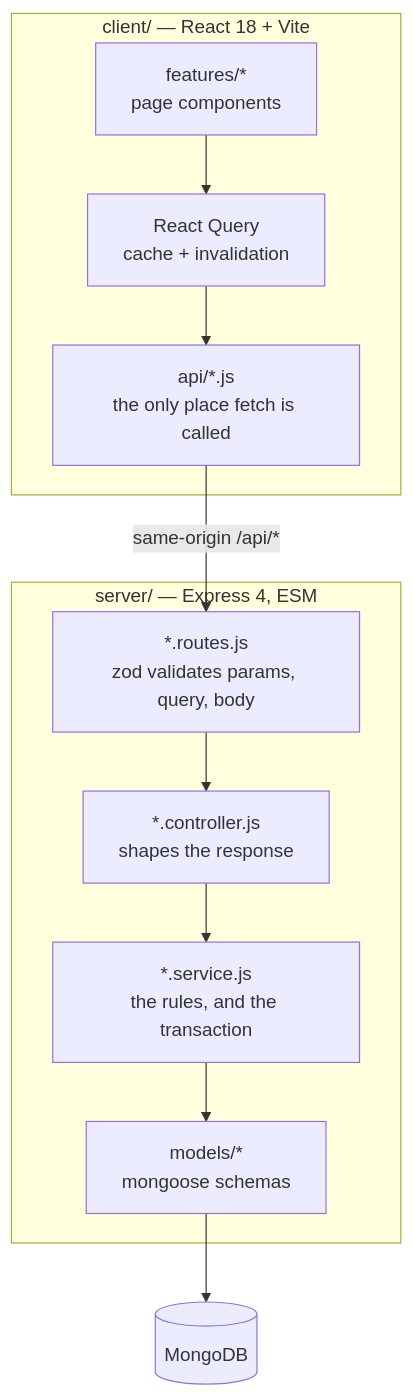
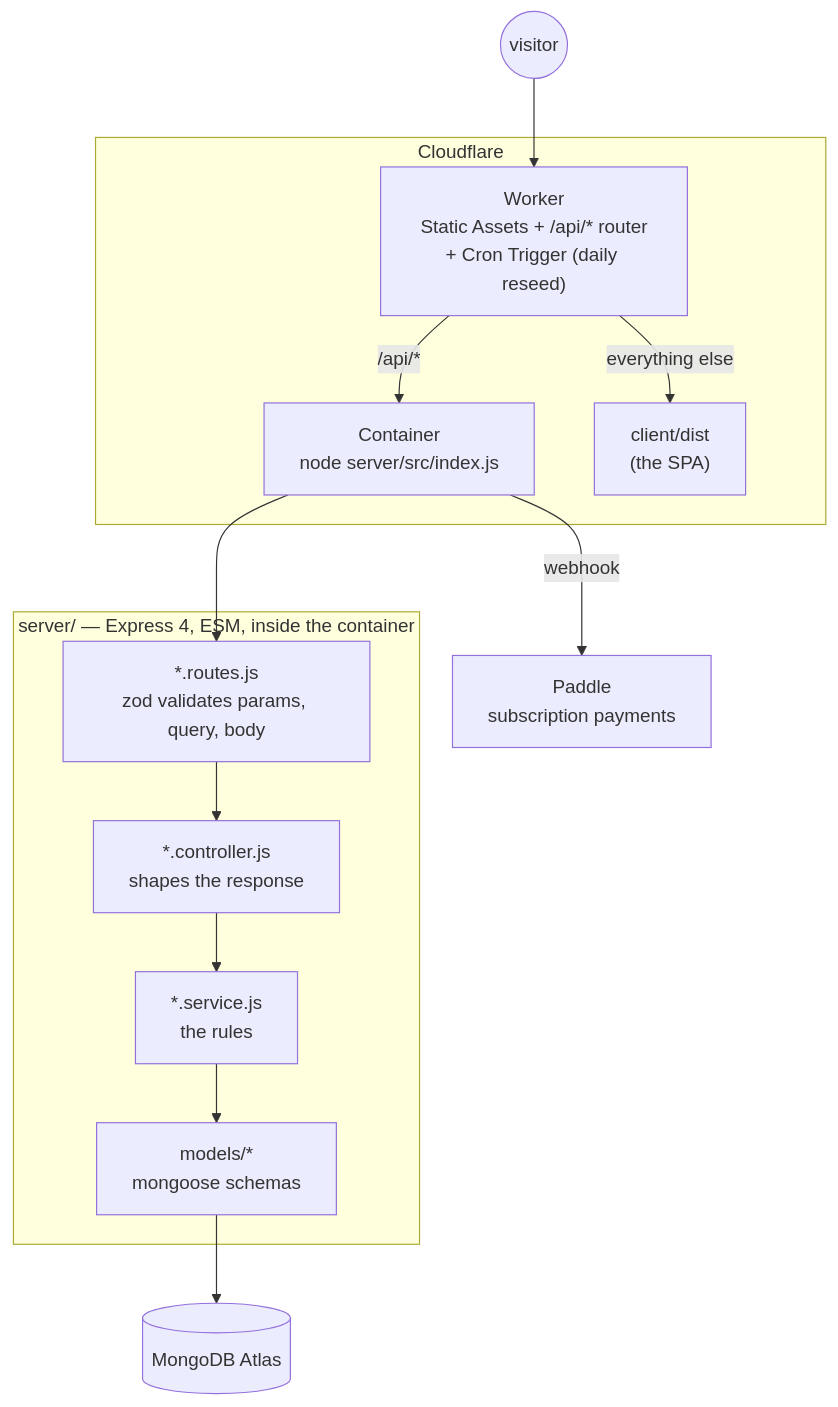
Before and after one commit to waleedhussein4/tourney: the diagram in docs/ARCHITECTURE.md, drawn with Mermaid. The commit also changed other lines of this file and 6 other files, not shown here.

First line of the commit message:
docs: refresh docs for the subscription model and Cloudflare migration

````diff
--- a/docs/ARCHITECTURE.md
+++ b/docs/ARCHITECTURE.md
@@ -15,20 +16,23 @@
 ```mermaid
 flowchart TB
-    subgraph client["client/ — React 18 + Vite"]
-        pages["features/*<br/>page components"]
-        rq["React Query<br/>cache + invalidation"]
-        api["api/*.js<br/>the only place fetch is called"]
-        pages --> rq --> api
+    visitor(("visitor")) --> worker
+
+    subgraph cf["Cloudflare"]
+        worker["Worker<br/>Static Assets + /api/* router<br/>+ Cron Trigger (daily reseed)"]
+        container["Container<br/>node server/src/index.js"]
+        worker -- "/api/*" --> container
+        worker -- "everything else" --> assets["client/dist<br/>(the SPA)"]
     end
 
-    subgraph server["server/ — Express 4, ESM"]
+    subgraph server["server/ — Express 4, ESM, inside the container"]
         routes["*.routes.js<br/>zod validates params, query, body"]
         controllers["*.controller.js<br/>shapes the response"]
-        services["*.service.js<br/>the rules, and the transaction"]
+        services["*.service.js<br/>the rules"]
         models["models/*<br/>mongoose schemas"]
         routes --> controllers --> services --> models
     end
 
-    api -- "same-origin /api/*" --> routes
-    models --> db[("MongoDB")]
+    container --> routes
+    models --> db[("MongoDB Atlas")]
+    container -- "webhook" --> paddle["Paddle<br/>subscription payments"]
 ```
````
